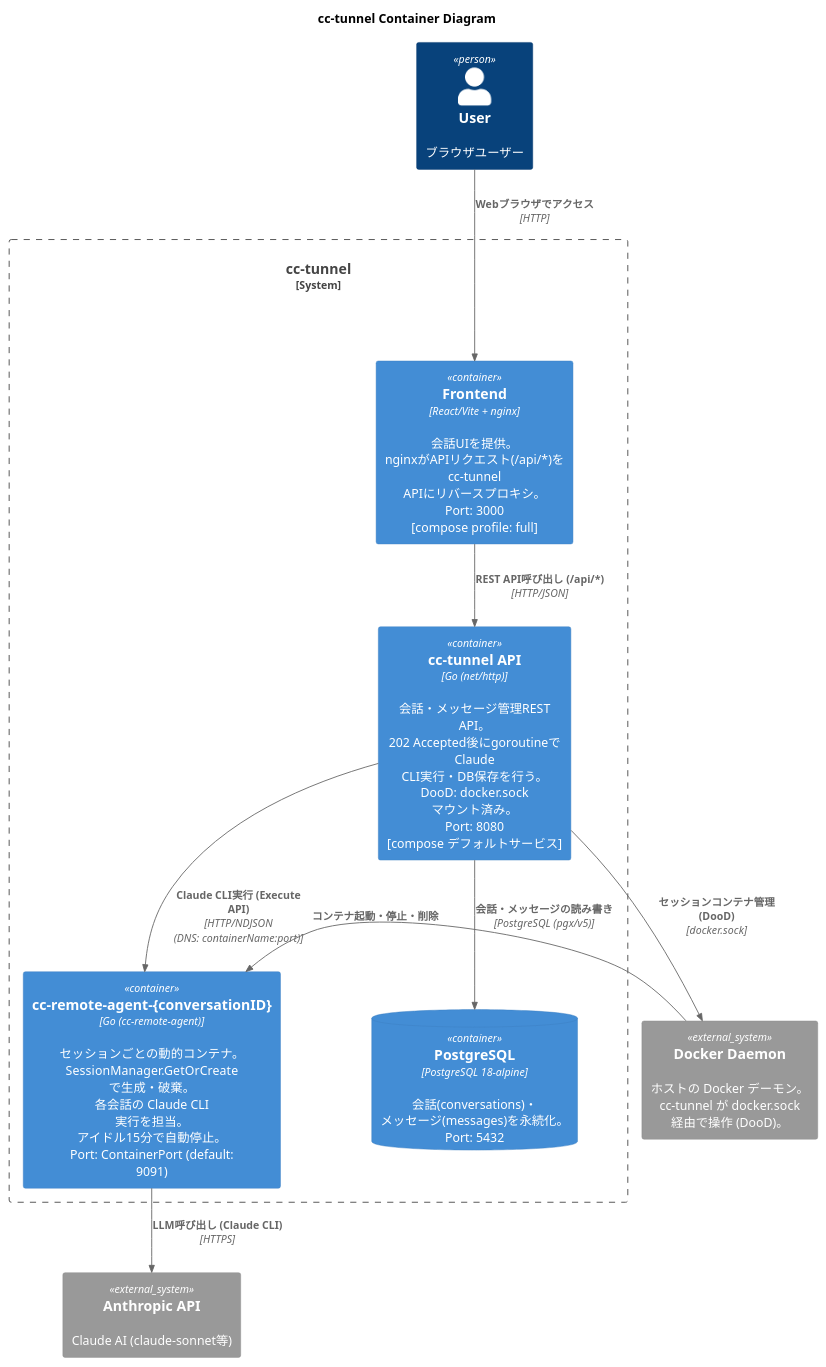
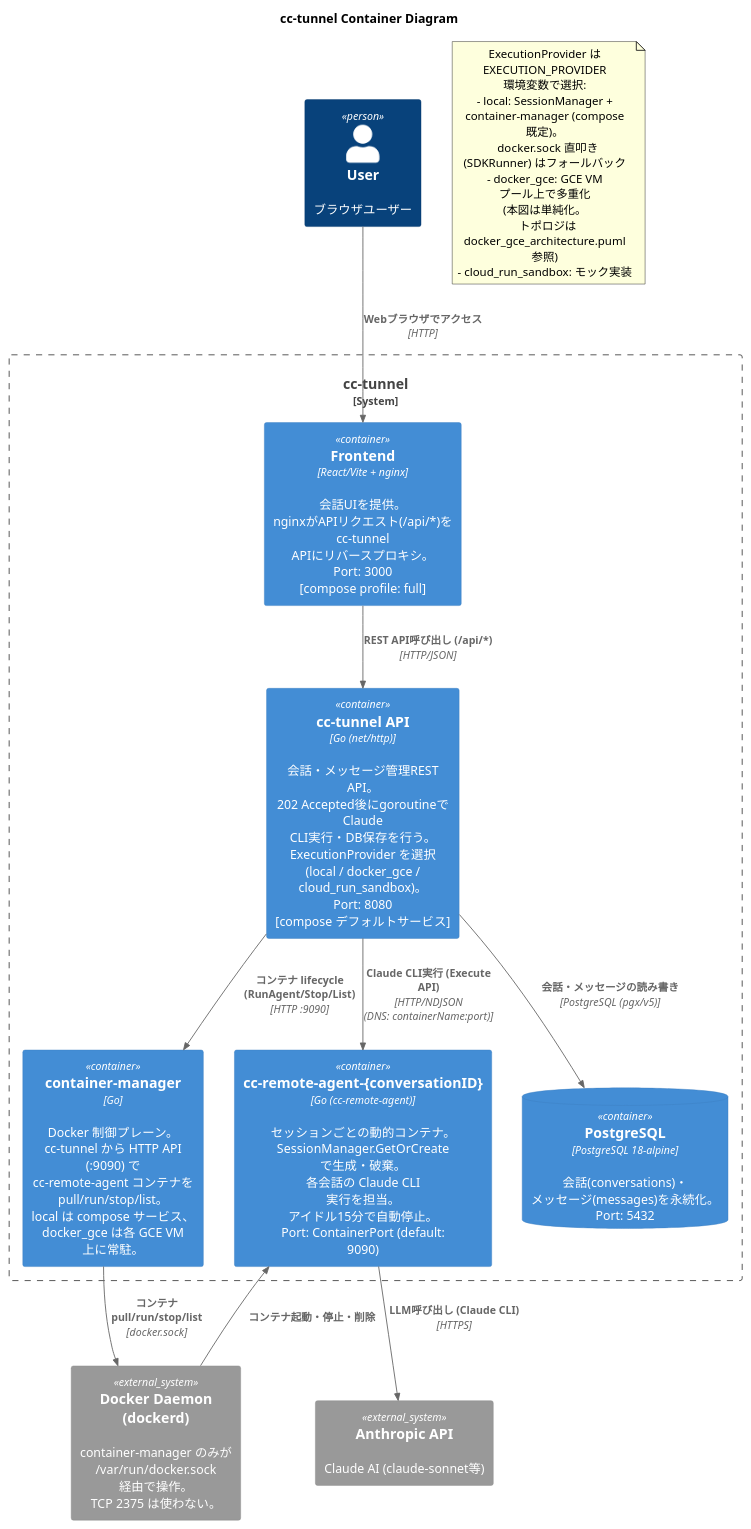
Before and after one commit to pollenjp/cc-tunnel: the diagram in docs/plantuml/c4_container.puml, drawn with PlantUML. The commit also changed 21 other files, not shown here.

```diff
--- a/docs/plantuml/c4_container.puml
+++ b/docs/plantuml/c4_container.puml
@@ -1,29 +1,41 @@
 @startuml c4_container
 ' Level 2: Container
 !include https://raw.githubusercontent.com/plantuml-stdlib/C4-PlantUML/master/C4_Container.puml
 
 title cc-tunnel Container Diagram
 
 Person(user, "User", "ブラウザユーザー")
 System_Ext(anthropic, "Anthropic API", "Claude AI (claude-sonnet等)")
-System_Ext(docker_daemon, "Docker Daemon", "ホストの Docker デーモン。\ncc-tunnel が docker.sock 経由で操作 (DooD)。")
+System_Ext(docker_daemon, "Docker Daemon (dockerd)", "container-manager のみが\n/var/run/docker.sock 経由で操作。\nTCP 2375 は使わない。")
 
 System_Boundary(cctunnel_system, "cc-tunnel") {
   Container(frontend, "Frontend", "React/Vite + nginx", "会話UIを提供。\nnginxがAPIリクエスト(/api/*)を\ncc-tunnel APIにリバースプロキシ。\nPort: 3000\n[compose profile: full]")
 
-  Container(api, "cc-tunnel API", "Go (net/http)", "会話・メッセージ管理REST API。\n202 Accepted後にgoroutineで\nClaude CLI実行・DB保存を行う。\nDooD: docker.sock マウント済み。\nPort: 8080\n[compose デフォルトサービス]")
+  Container(api, "cc-tunnel API", "Go (net/http)", "会話・メッセージ管理REST API。\n202 Accepted後にgoroutineで\nClaude CLI実行・DB保存を行う。\nExecutionProvider を選択\n(local / docker_gce / cloud_run_sandbox)。\nPort: 8080\n[compose デフォルトサービス]")
 
-  Container(session_agent, "cc-remote-agent-{conversationID}", "Go (cc-remote-agent)", "セッションごとの動的コンテナ。\nSessionManager.GetOrCreate で生成・破棄。\n各会話の Claude CLI 実行を担当。\nアイドル15分で自動停止。\nPort: ContainerPort (default: 9091)")
+  Container(cm, "container-manager", "Go", "Docker 制御プレーン。\ncc-tunnel から HTTP API (:9090) で\ncc-remote-agent コンテナを pull/run/stop/list。\nlocal は compose サービス、\ndocker_gce は各 GCE VM 上に常駐。")
+
+  Container(session_agent, "cc-remote-agent-{conversationID}", "Go (cc-remote-agent)", "セッションごとの動的コンテナ。\nSessionManager.GetOrCreate で生成・破棄。\n各会話の Claude CLI 実行を担当。\nアイドル15分で自動停止。\nPort: ContainerPort (default: 9090)")
 
   ContainerDb(db, "PostgreSQL", "PostgreSQL 18-alpine", "会話(conversations)・\nメッセージ(messages)を永続化。\nPort: 5432")
 }
 
 Rel(user, frontend, "Webブラウザでアクセス", "HTTP")
 Rel(frontend, api, "REST API呼び出し (/api/*)", "HTTP/JSON")
 Rel(api, db, "会話・メッセージの読み書き", "PostgreSQL (pgx/v5)")
-Rel(api, docker_daemon, "セッションコンテナ管理 (DooD)", "docker.sock")
+Rel(api, cm, "コンテナ lifecycle\n(RunAgent/Stop/List)", "HTTP :9090")
+Rel(cm, docker_daemon, "コンテナ pull/run/stop/list", "docker.sock")
 Rel(docker_daemon, session_agent, "コンテナ起動・停止・削除")
 Rel(api, session_agent, "Claude CLI実行 (Execute API)", "HTTP/NDJSON\n(DNS: containerName:port)")
 Rel(session_agent, anthropic, "LLM呼び出し (Claude CLI)", "HTTPS")
 
+note as n_provider
+  ExecutionProvider は EXECUTION_PROVIDER 環境変数で選択:
+  - local: SessionManager + container-manager (compose 既定)。
+    docker.sock 直叩き (SDKRunner) はフォールバック
+  - docker_gce: GCE VM プール上で多重化 (本図は単純化。
+    トポロジは docker_gce_architecture.puml 参照)
+  - cloud_run_sandbox: モック実装
+end note
+
 @enduml
```
